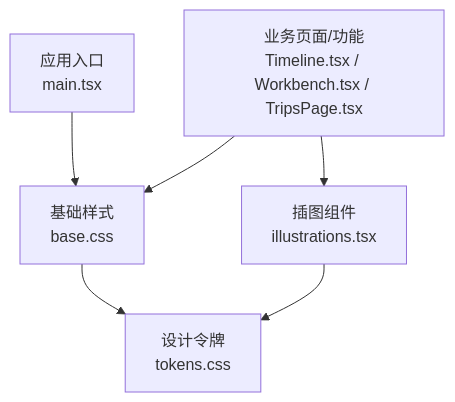
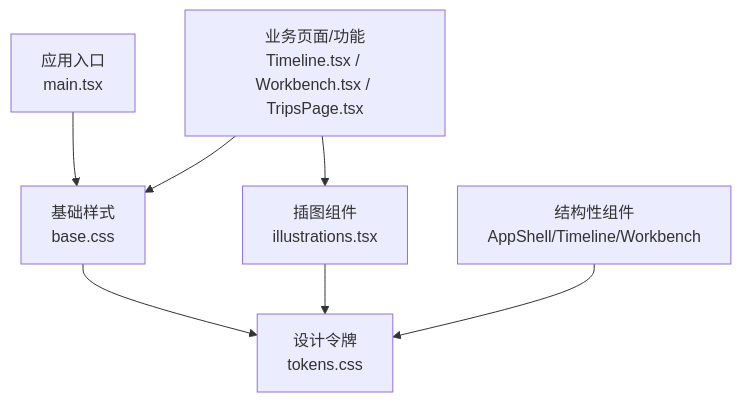
The first of 6 diagrams in .qoder/repowiki/zh/content/用户界面组件/主题系统.md (huangyilu/wanwuyishi), drawn with Mermaid before and after one commit. The commit also changed other lines of this file and 108 other files, not shown here.

````diff
--- a/.qoder/repowiki/zh/content/用户界面组件/主题系统.md
+++ b/.qoder/repowiki/zh/content/用户界面组件/主题系统.md
@@ -36,8 +49,9 @@
 ```mermaid
 graph TB
 A["应用入口<br/>main.tsx"] --> B["基础样式<br/>base.css"]
 B --> C["设计令牌<br/>tokens.css"]
 D["插图组件<br/>illustrations.tsx"] --> C
 E["业务页面/功能<br/>Timeline.tsx / Workbench.tsx / TripsPage.tsx"] --> D
 E --> B
+F["结构性组件<br/>AppShell/Timeline/Workbench"] --> C
 ```
````
